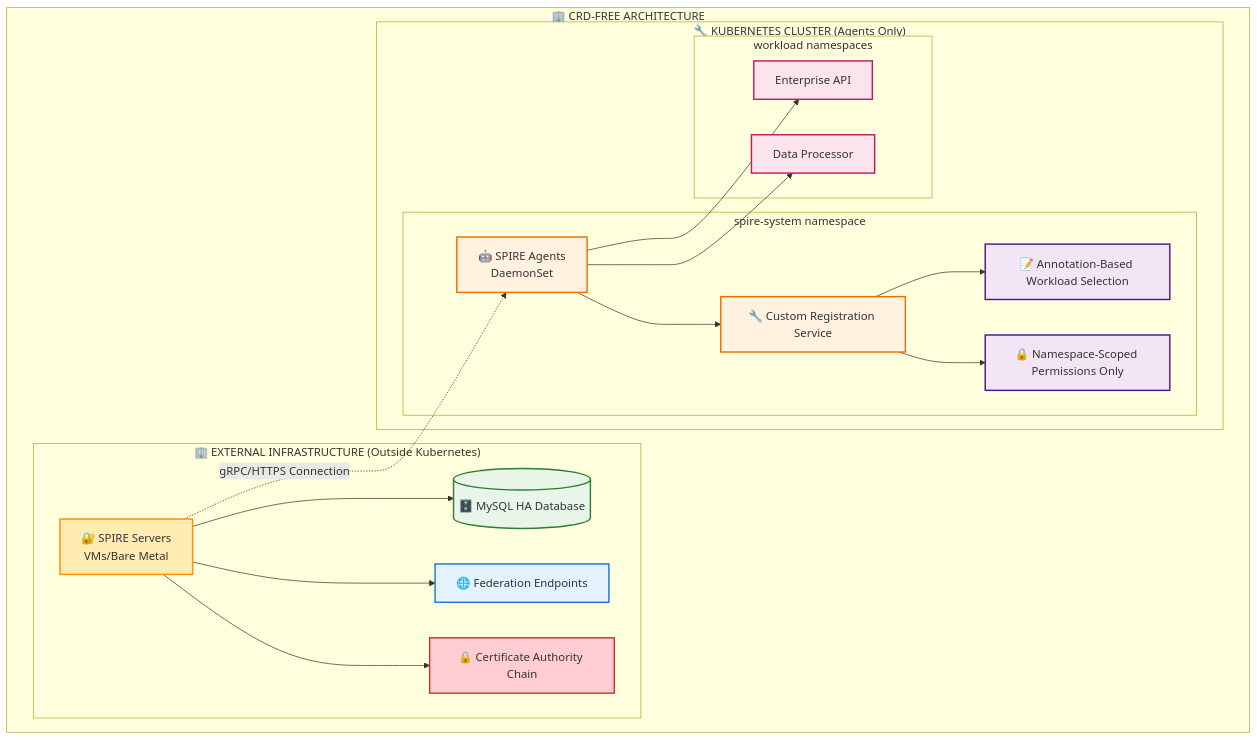
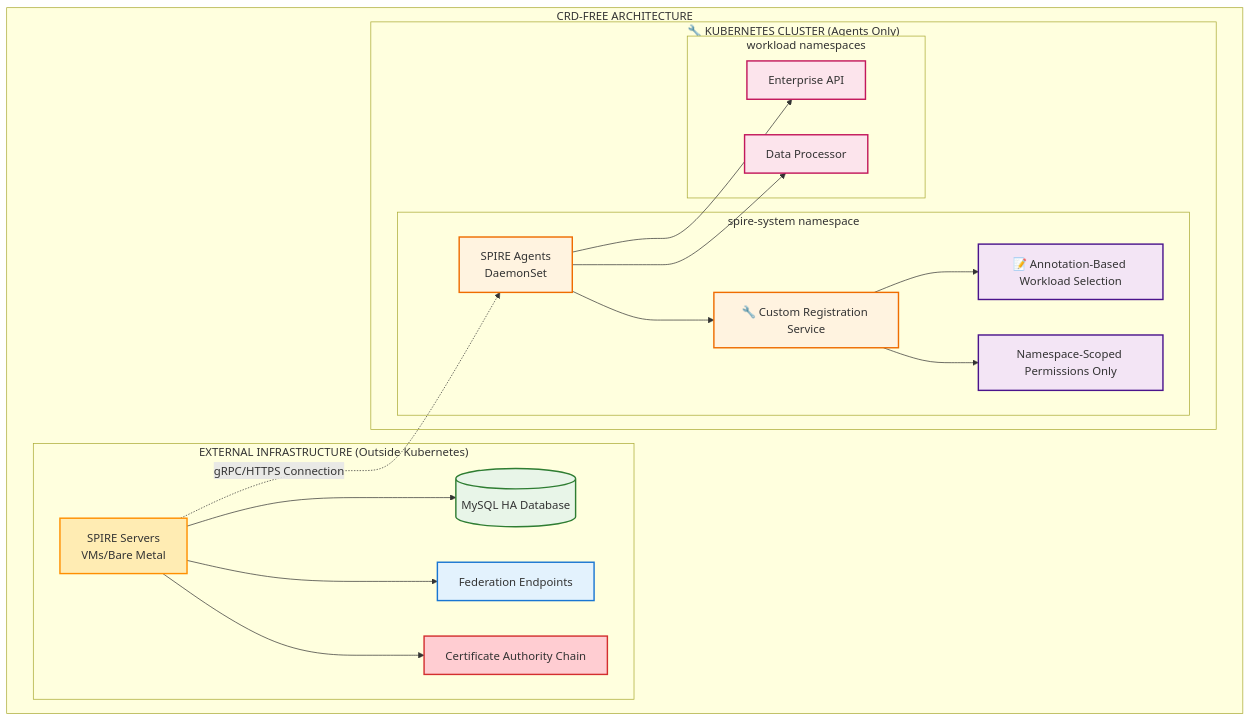
The second of 2 diagrams in docs/enterprise_deployment_guide.md (jfiser247/spire-dev), drawn with Mermaid before and after one commit. The commit also changed other lines of this file and 5 other files, not shown here.

First line of the commit message:
Fix Mermaid v10.4.0 compatibility issues across all documentation

````diff
--- a/docs/enterprise_deployment_guide.md
+++ b/docs/enterprise_deployment_guide.md
@@ -354,51 +354,51 @@
 ```mermaid
 graph TB
-    subgraph "🏢 CRD-FREE ARCHITECTURE"
-        subgraph "🏢 EXTERNAL INFRASTRUCTURE (Outside Kubernetes)"
-            ES[🔐 SPIRE Servers<br/>VMs/Bare Metal]
-            EDB[(🗄️ MySQL HA Database)]
-            FE[🌐 Federation Endpoints]
-            CA[🔒 Certificate Authority Chain]
+    subgraph "CRD-FREE ARCHITECTURE"
+        subgraph "EXTERNAL INFRASTRUCTURE (Outside Kubernetes)"
+            ES[SPIRE Servers<br/>VMs/Bare Metal]
+            EDB[(MySQL HA Database)]
+            FE[Federation Endpoints]
+            CA[Certificate Authority Chain]
             
             ES --> EDB
             ES --> FE
             ES --> CA
         end
         
         subgraph "🔧 KUBERNETES CLUSTER (Agents Only)"
             subgraph "spire-system namespace"
-                KA[🤖 SPIRE Agents<br/>DaemonSet]
+                KA[SPIRE Agents<br/>DaemonSet]
                 RS[🔧 Custom Registration Service]
                 AS[📝 Annotation-Based Workload Selection]
-                NS[🔒 Namespace-Scoped Permissions Only]
+                NS[Namespace-Scoped Permissions Only]
                 
                 KA --> RS
                 RS --> AS
                 RS --> NS
             end
             
             subgraph "workload namespaces"
                 WL1[Enterprise API]
                 WL2[Data Processor]
                 
                 KA --> WL1
                 KA --> WL2
             end
         end
     end
     
     %% External connection
     ES -.->|gRPC/HTTPS Connection| KA
     
     %% Consistent styling
     style ES fill:#ffecb3,stroke:#ff8f00,stroke-width:2px,stroke-dasharray:0
     style EDB fill:#e8f5e8,stroke:#2e7d32,stroke-width:2px,stroke-dasharray:0
     style FE fill:#e3f2fd,stroke:#1976d2,stroke-width:2px,stroke-dasharray:0
     style CA fill:#ffcdd2,stroke:#d32f2f,stroke-width:2px,stroke-dasharray:0
     style KA fill:#fff3e0,stroke:#ef6c00,stroke-width:2px,stroke-dasharray:0
     style RS fill:#fff3e0,stroke:#ef6c00,stroke-width:2px,stroke-dasharray:0
     style AS fill:#f3e5f5,stroke:#4a148c,stroke-width:2px,stroke-dasharray:0
     style NS fill:#f3e5f5,stroke:#4a148c,stroke-width:2px,stroke-dasharray:0
     style WL1 fill:#fce4ec,stroke:#c2185b,stroke-width:2px,stroke-dasharray:0
     style WL2 fill:#fce4ec,stroke:#c2185b,stroke-width:2px,stroke-dasharray:0
 ```
````
